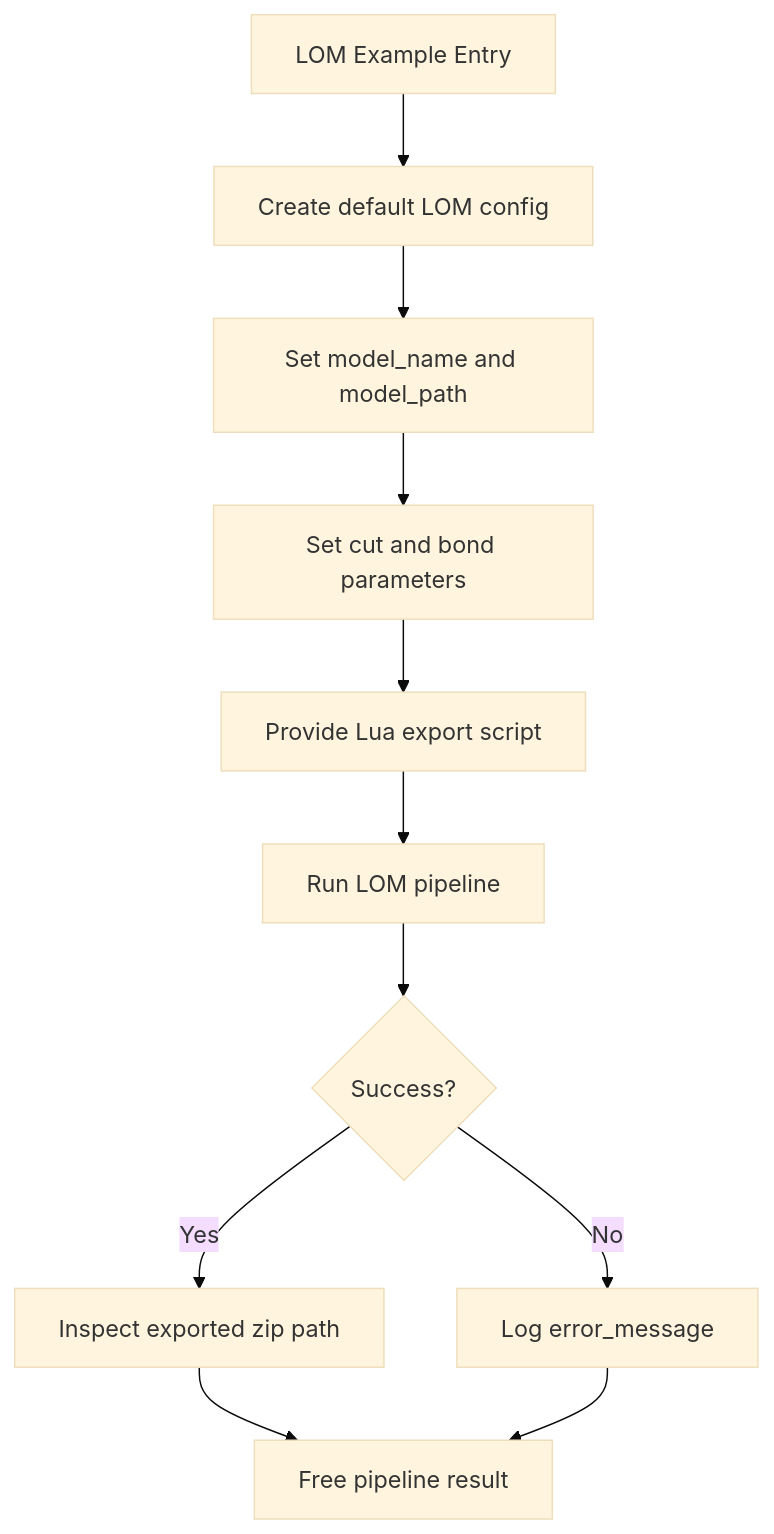
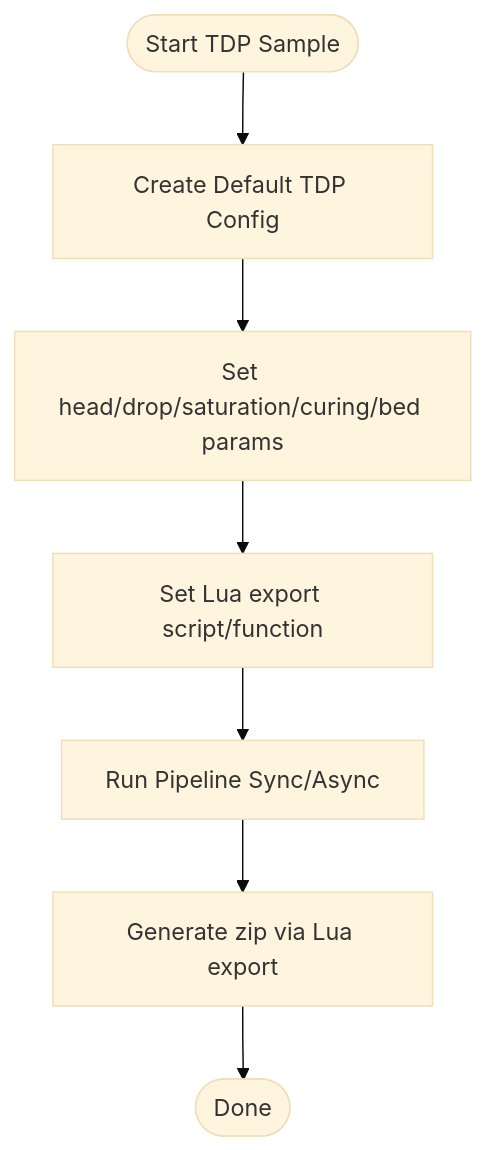
One commit to hsmbanlance/HsBaSlicer changed the eighth of 12 diagrams in .qoder/repowiki/en/content/Examples & Samples/Examples & Samples.md. Above: the diagram before and after it, drawn with Mermaid (base theme). The commit also changed other lines of this file and 1095 other files, not shown here.

````diff
--- a/.qoder/repowiki/en/content/Examples & Samples/Examples & Samples.md
+++ b/.qoder/repowiki/en/content/Examples & Samples/Examples & Samples.md
@@ -402,13 +381,9 @@
 ```mermaid
 flowchart TD
-LomStart["LOM Example Entry"] --> LomDefault["Create default LOM config"]
-LomDefault --> LomModel["Set model_name and model_path"]
-LomModel --> LomParams["Set cut and bond parameters"]
-LomParams --> LomLua["Provide Lua export script"]
-LomLua --> LomRun["Run LOM pipeline"]
-LomRun --> LomCheck{"Success?"}
-LomCheck --> |Yes| LomOut["Inspect exported zip path"]
-LomCheck --> |No| LomErr["Log error_message"]
-LomOut --> LomFree["Free pipeline result"]
-LomErr --> LomFree
+Start(["Start TDP Sample"]) --> Cfg["Create Default TDP Config"]
+Cfg --> BinderParams["Set head/drop/saturation/curing/bed params"]
+BinderParams --> LuaExport["Set Lua export script/function"]
+LuaExport --> Run["Run Pipeline Sync/Async"]
+Run --> Output["Generate zip via Lua export"]
+Output --> Done(["Done"])
 ```
````
